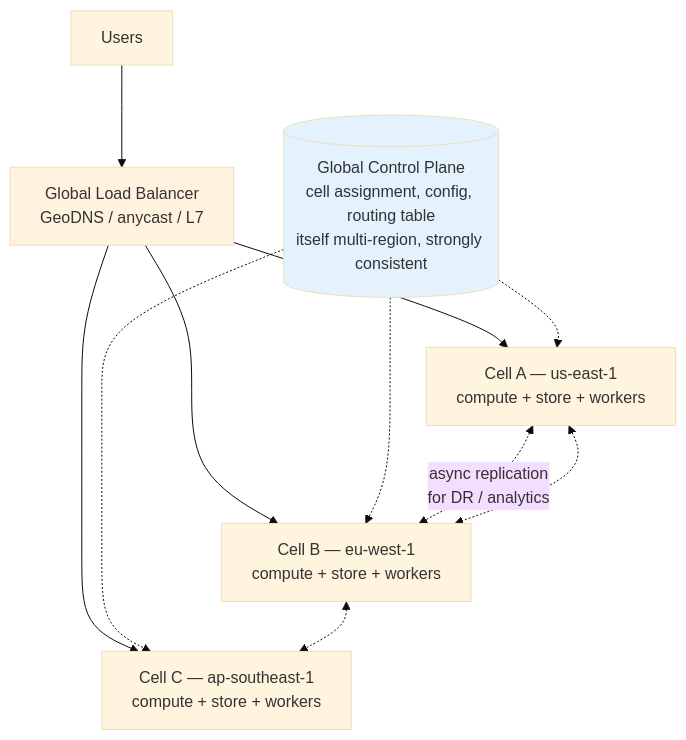
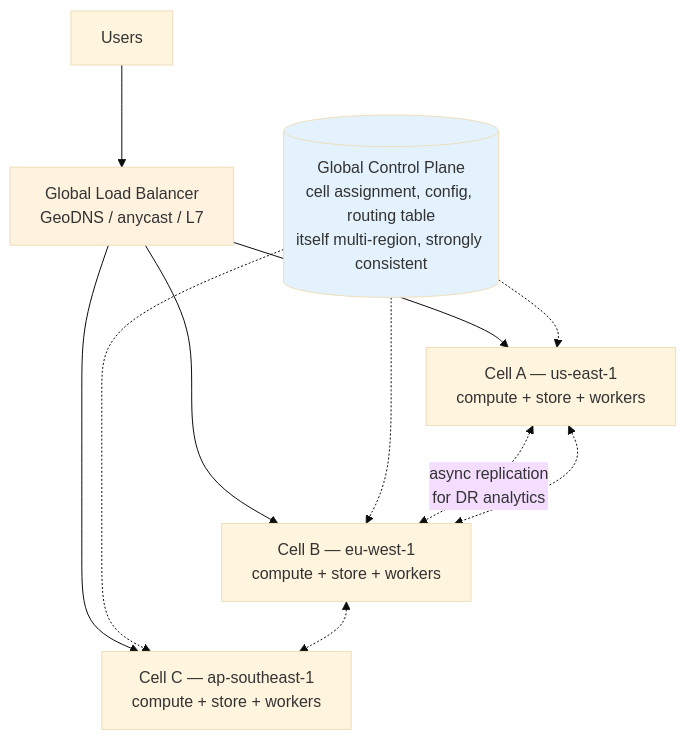
One commit to bumbsclaw/textbooks changed the third of 7 diagrams in vol-07-system-design/ch10-multi-region.md. Above: the diagram before and after it, drawn with Mermaid (base theme). The commit also changed 173 other files, not shown here.

First line of the commit message:
fix(mermaid): close note brackets, semicolons in Notes, stateDiagram br -> dash, edge parens

````diff
--- a/vol-07-system-design/ch10-multi-region.md
+++ b/vol-07-system-design/ch10-multi-region.md
@@ -109,17 +109,17 @@
 ```mermaid
 flowchart TB
     Users --> GLB[Global Load Balancer<br/>GeoDNS / anycast / L7]
     GLB --> CellA[Cell A — us-east-1<br/>compute + store + workers]
     GLB --> CellB[Cell B — eu-west-1<br/>compute + store + workers]
     GLB --> CellC[Cell C — ap-southeast-1<br/>compute + store + workers]
     CP[(Global Control Plane<br/>cell assignment, config, routing table<br/>itself multi-region, strongly consistent)]
     CP -.-> CellA
     CP -.-> CellB
     CP -.-> CellC
-    CellA <-.->|async replication<br/>for DR / analytics| CellB
+    CellA <-.->|async replication<br >for DR analytics| CellB
     CellA <-.-> CellB
     CellB <-.-> CellC
 
     style CP fill:#e3f2fd
     style GLB fill:#fff3e0
 ```
````
